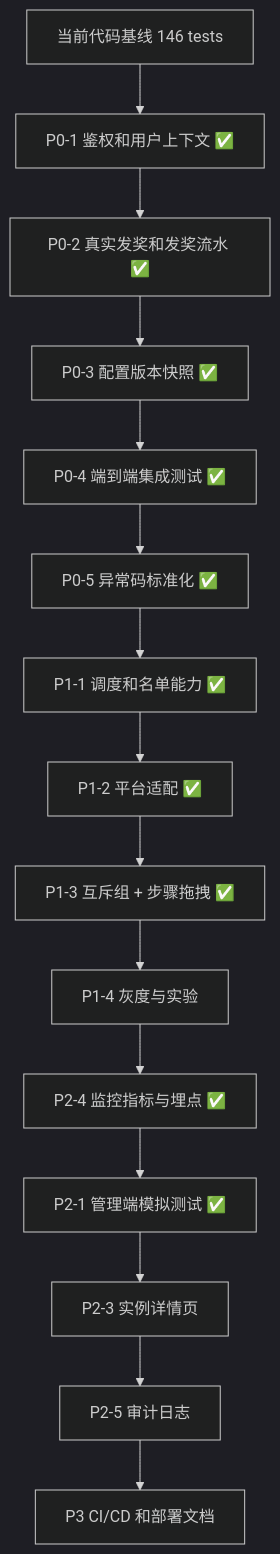
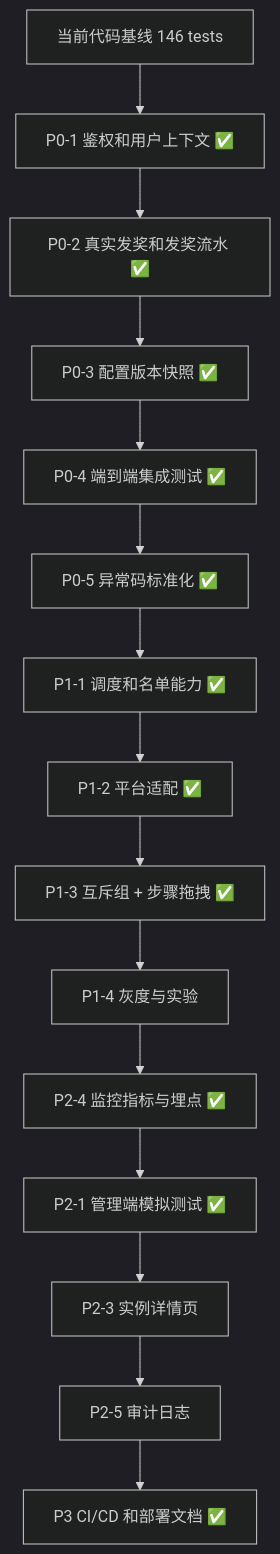
One commit to xuankuxiaohui/marketing-task-platform changed the diagram in docs/current-system-roadmap.md. Above: the diagram before and after it, drawn with Mermaid (dark theme). The commit also changed other lines of this file and 9 other files, not shown here.

````diff
--- a/docs/current-system-roadmap.md
+++ b/docs/current-system-roadmap.md
@@ -226,17 +232,17 @@
 ```mermaid
 flowchart TD
     A[当前代码基线 146 tests] --> B[P0-1 鉴权和用户上下文 ✅]
     B --> C[P0-2 真实发奖和发奖流水 ✅]
     C --> D[P0-3 配置版本快照 ✅]
     D --> E[P0-4 端到端集成测试 ✅]
     E --> F[P0-5 异常码标准化 ✅]
     F --> G[P1-1 调度和名单能力 ✅]
     G --> H[P1-2 平台适配 ✅]
     H --> I[P1-3 互斥组 + 步骤拖拽 ✅]
     I --> J[P1-4 灰度与实验]
     J --> K[P2-4 监控指标与埋点 ✅]
     K --> L[P2-1 管理端模拟测试 ✅]
     L --> M[P2-3 实例详情页]
     M --> N[P2-5 审计日志]
-    N --> O[P3 CI/CD 和部署文档]
+    N --> O[P3 CI/CD 和部署文档 ✅]
 ```
````
